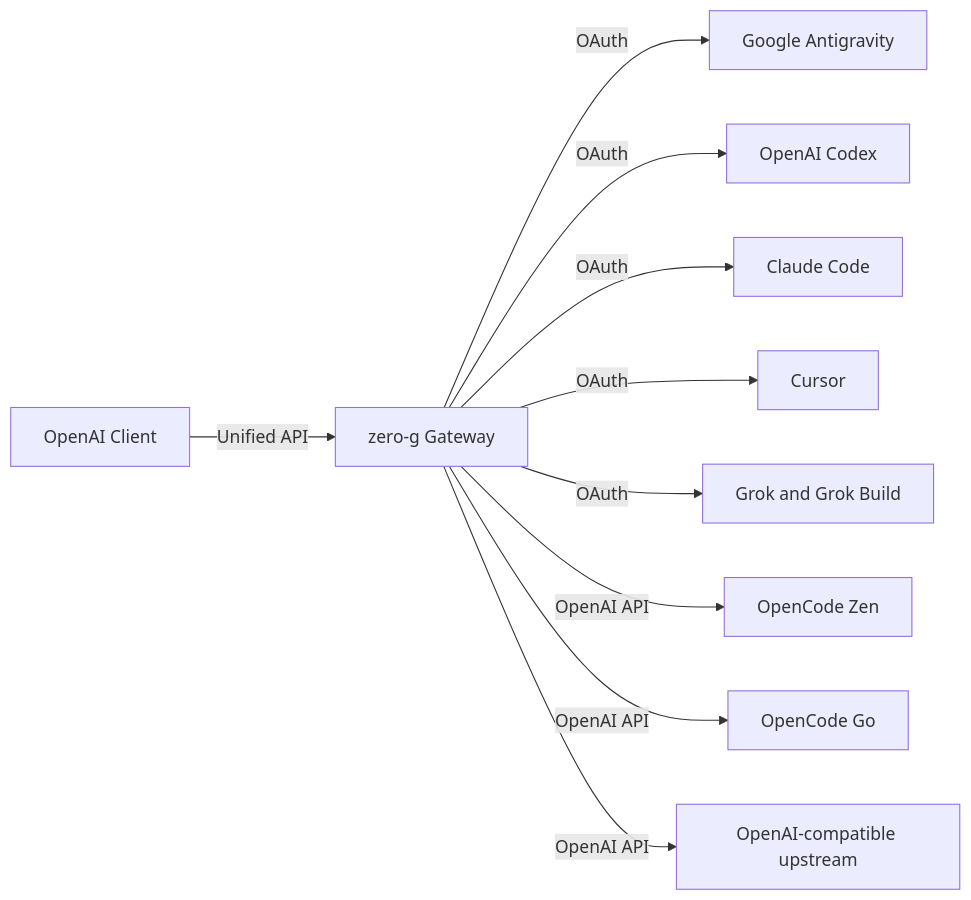
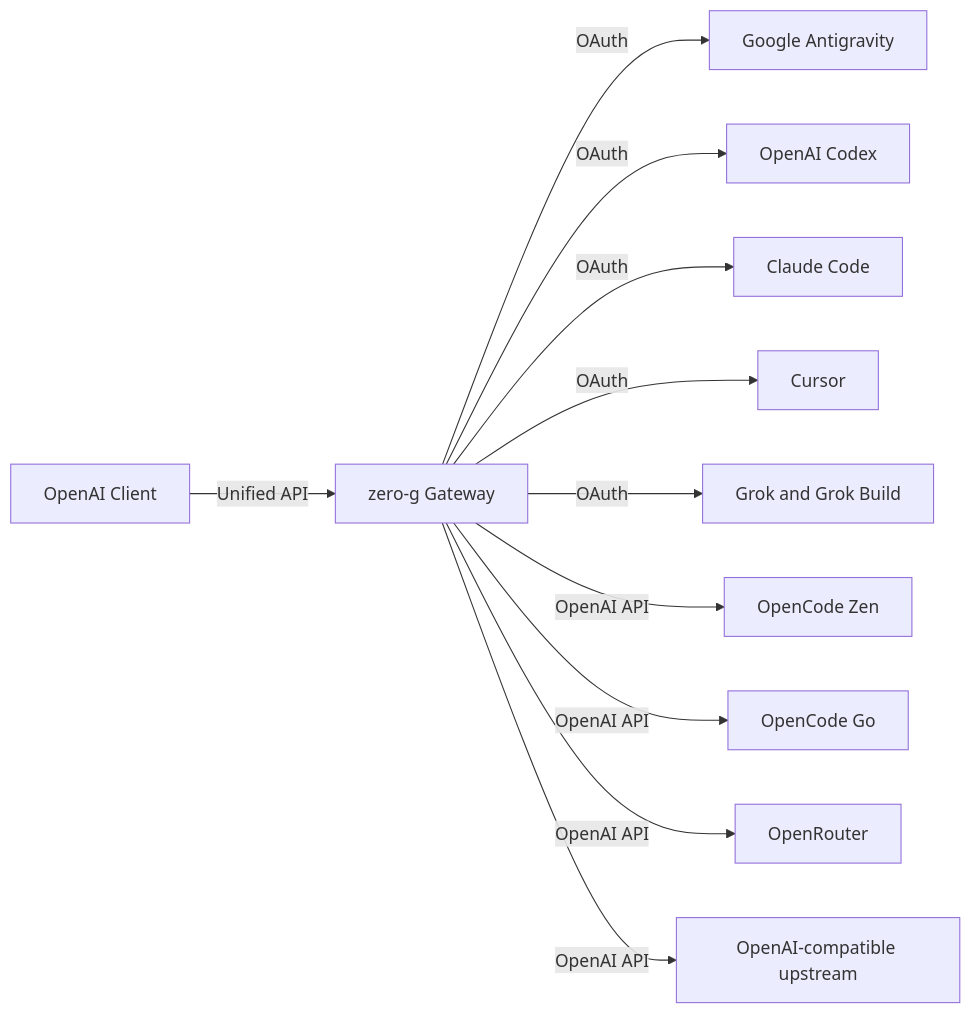
One commit to Delnegend/zero-g changed the diagram in README.md. Above: the diagram before and after it, drawn with Mermaid. The commit also changed other lines of this file and 22 other files, not shown here.

````diff
--- a/README.md
+++ b/README.md
@@ -64,12 +64,13 @@
 ```mermaid
 flowchart LR
     Client[OpenAI Client] -->|Unified API| ZeroG[zero-g Gateway]
     ZeroG -->|OAuth| CCA[Google Antigravity]
     ZeroG -->|OAuth| Codex[OpenAI Codex]
     ZeroG -->|OAuth| Claude[Claude Code]
     ZeroG -->|OAuth| Cursor[Cursor]
     ZeroG -->|OAuth| Grok[Grok and Grok Build]
     ZeroG -->|OpenAI API| Zen[OpenCode Zen]
     ZeroG -->|OpenAI API| Go[OpenCode Go]
+    ZeroG -->|OpenAI API| OpenRouter[OpenRouter]
     ZeroG -->|OpenAI API| Custom[OpenAI-compatible upstream]
 ```
````
